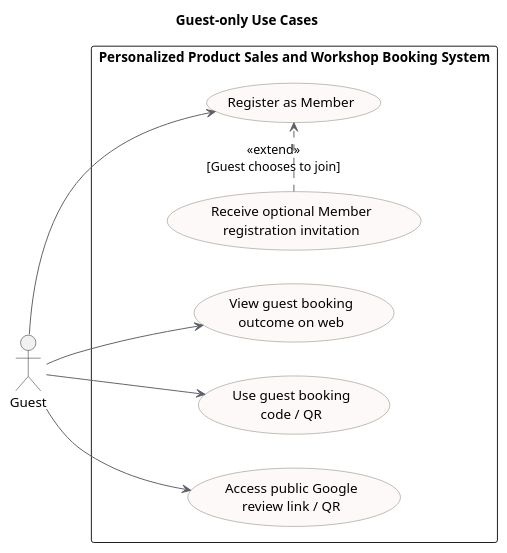
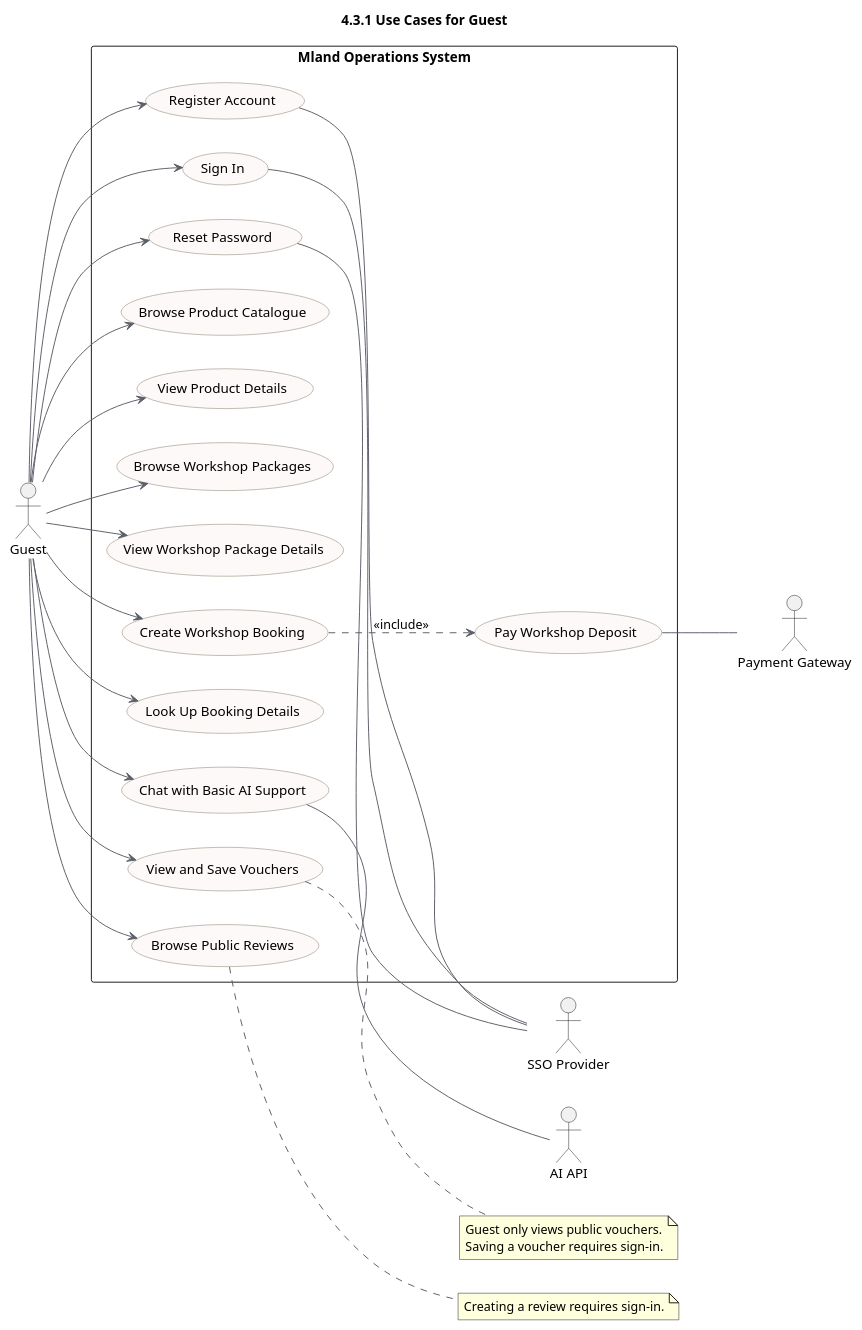
The diagram in documents/docs/report-3-software-requirement-specification/assets/diagrams/use-cases/02-guest-only.puml (quoc-ca/mland-operations-hub), drawn with PlantUML before and after one commit. The commit also changed 22 other files, not shown here.

First line of the commit message:
docs: bỏ Google Maps khỏi báo cáo và spec; vẽ lại sơ đồ use case Guest và Member

```diff
--- a/documents/docs/report-3-software-requirement-specification/assets/diagrams/use-cases/02-guest-only.puml
+++ b/documents/docs/report-3-software-requirement-specification/assets/diagrams/use-cases/02-guest-only.puml
@@ -1,27 +1,63 @@
 @startuml
 !pragma charset UTF-8
-title Guest-only Use Cases
+title 4.3.1 Use Cases for Guest
 left to right direction
 skinparam shadowing false
 skinparam usecase {
   BackgroundColor #FCF9F8
   BorderColor #807663
   ArrowColor #5B5E67
 }
 
 actor Guest
 
-rectangle "Personalized Product Sales and Workshop Booking System" {
-  usecase "Register as Member" as Register
-  usecase "Receive optional Member\nregistration invitation" as Invitation
-  usecase "View guest booking\noutcome on web" as ViewOutcome
-  usecase "Use guest booking\ncode / QR" as GuestCode
-  usecase "Access public Google\nreview link / QR" as ReviewLink
+actor "SSO Provider" as SSO
+actor "Payment Gateway" as Pay
+actor "AI API" as AI
+
+rectangle "Mland Operations System" {
+  usecase "Register Account" as UC01
+  usecase "Sign In" as UC02
+  usecase "Reset Password" as UC03
+  usecase "Browse Product Catalogue" as UC10
+  usecase "View Product Details" as UC11
+  usecase "Browse Workshop Packages" as UC19
+  usecase "View Workshop Package Details" as UC20
+  usecase "Create Workshop Booking" as UC21
+  usecase "Pay Workshop Deposit" as UC22
+  usecase "Look Up Booking Details" as UC23
+  usecase "Chat with Basic AI Support" as UC33
+  usecase "View and Save Vouchers" as UC47
+  usecase "Browse Public Reviews" as UC74
 }
 
-Guest --> Register
-Guest --> ViewOutcome
-Guest --> GuestCode
-Guest --> ReviewLink
-Invitation .> Register : <<extend>>\n[Guest chooses to join]
+Guest --> UC01
+Guest --> UC02
+Guest --> UC03
+Guest --> UC10
+Guest --> UC11
+Guest --> UC19
+Guest --> UC20
+Guest --> UC21
+Guest --> UC23
+Guest --> UC33
+Guest --> UC47
+Guest --> UC74
+
+UC21 ..> UC22 : <<include>>
+
+UC01 -- SSO
+UC02 -- SSO
+UC03 -- SSO
+UC22 -- Pay
+UC33 -- AI
+
+note right of UC47
+Guest only views public vouchers.
+Saving a voucher requires sign-in.
+end note
+
+note right of UC74
+Creating a review requires sign-in.
+end note
 @enduml
```
